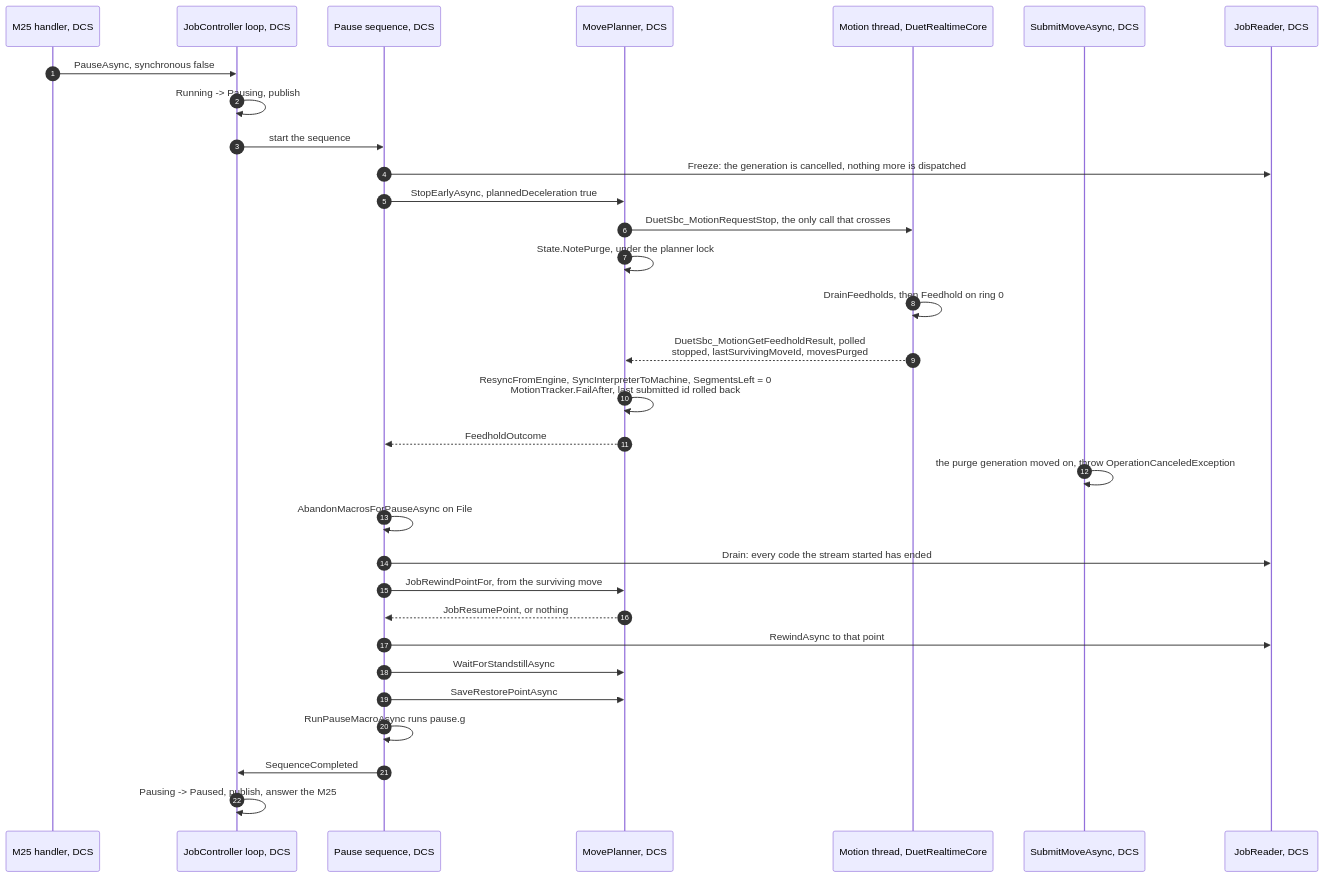
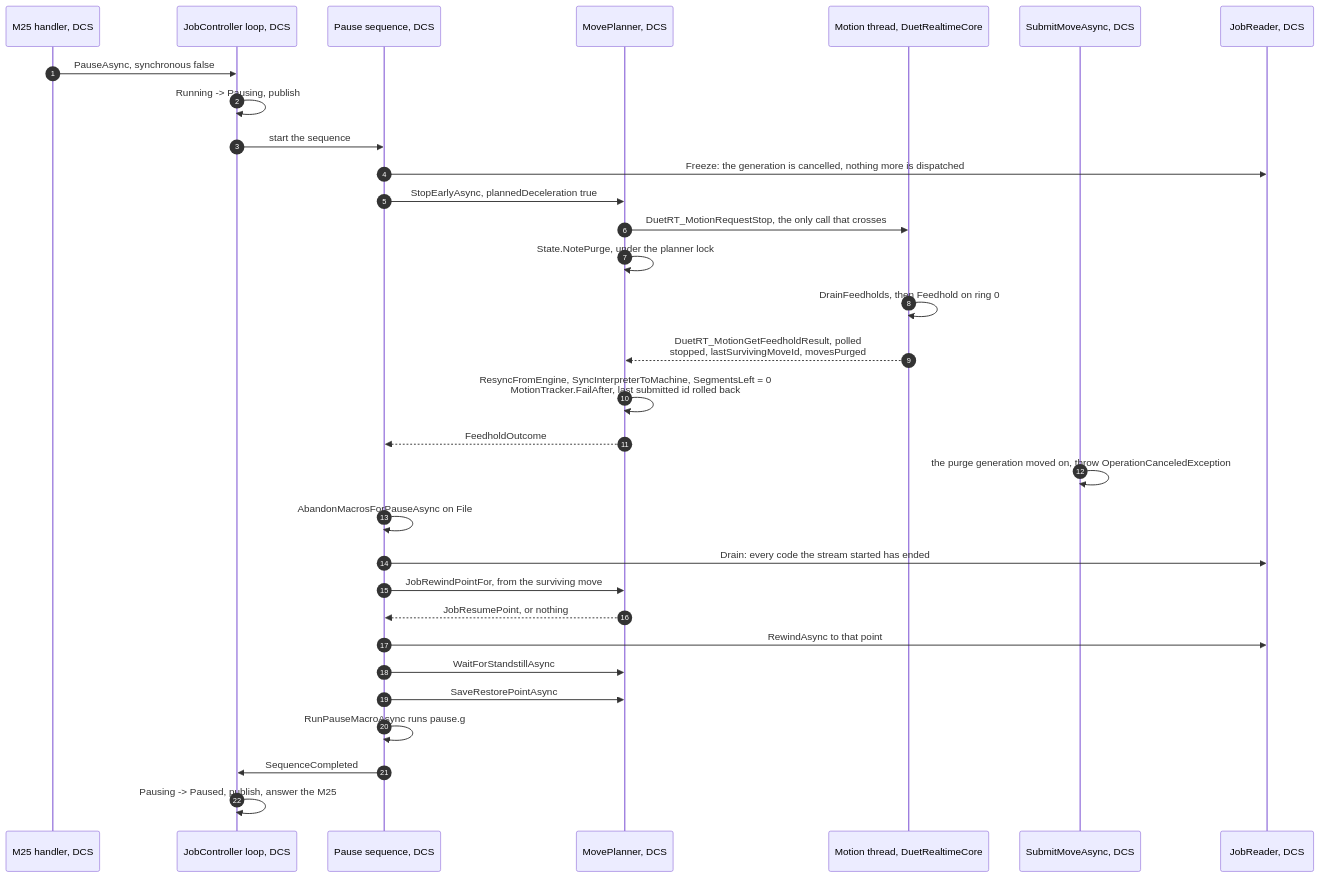
The second of 5 diagrams in src/Documentation/articles/pause-and-resume.md (Duet3D/DuetSoftwareFramework), drawn with Mermaid before and after one commit. The commit also changed other lines of this file and 48 other files, not shown here.

````diff
--- a/src/Documentation/articles/pause-and-resume.md
+++ b/src/Documentation/articles/pause-and-resume.md
@@ -127,34 +127,34 @@
 ```mermaid
 sequenceDiagram
     autonumber
     participant M as M25 handler, DCS
     participant L as JobController loop, DCS
     participant P as Pause sequence, DCS
     participant PL as MovePlanner, DCS
     participant E as Motion thread, DuetRealtimeCore
     participant S as SubmitMoveAsync, DCS
     participant J as JobReader, DCS
 
     M->>L: PauseAsync, synchronous false
     L->>L: Running -> Pausing, publish
     L->>P: start the sequence
     P->>J: Freeze: the generation is cancelled, nothing more is dispatched
     P->>PL: StopEarlyAsync, plannedDeceleration true
-    PL->>E: DuetSbc_MotionRequestStop, the only call that crosses
+    PL->>E: DuetRT_MotionRequestStop, the only call that crosses
     PL->>PL: State.NotePurge, under the planner lock
     E->>E: DrainFeedholds, then Feedhold on ring 0
-    E-->>PL: DuetSbc_MotionGetFeedholdResult, polled<br/>stopped, lastSurvivingMoveId, movesPurged
+    E-->>PL: DuetRT_MotionGetFeedholdResult, polled<br/>stopped, lastSurvivingMoveId, movesPurged
     PL->>PL: ResyncFromEngine, SyncInterpreterToMachine, SegmentsLeft = 0<br/>MotionTracker.FailAfter, last submitted id rolled back
     PL-->>P: FeedholdOutcome
     S->>S: the purge generation moved on, throw OperationCanceledException
     P->>P: AbandonMacrosForPauseAsync on File
     P->>J: Drain: every code the stream started has ended
     P->>PL: JobRewindPointFor, from the surviving move
     PL-->>P: JobResumePoint, or nothing
     P->>J: RewindAsync to that point
     P->>PL: WaitForStandstillAsync
     P->>PL: SaveRestorePointAsync
     P->>P: RunPauseMacroAsync runs pause.g
     P->>L: SequenceCompleted
     L->>L: Pausing -> Paused, publish, answer the M25
 ```
````
